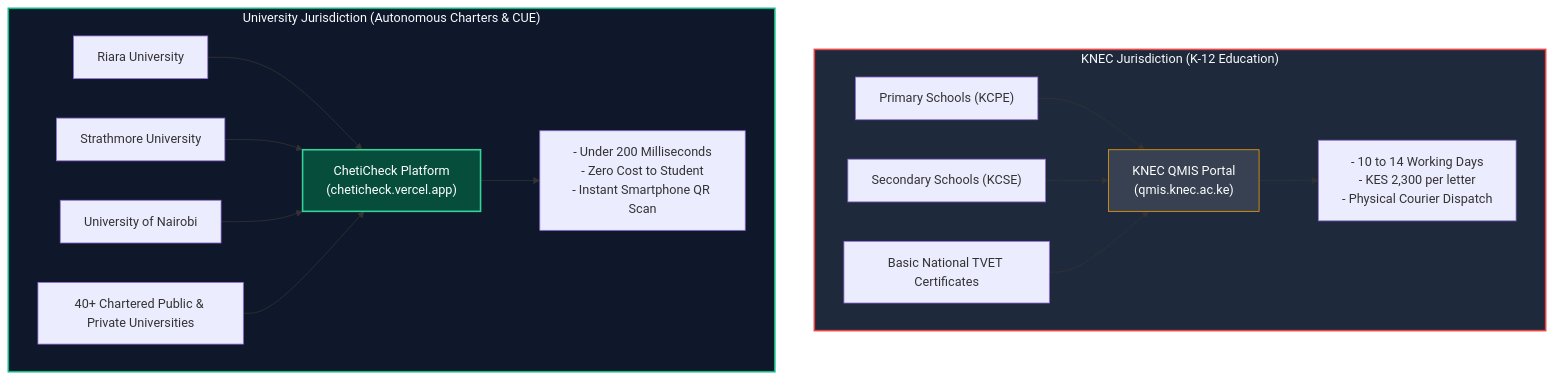
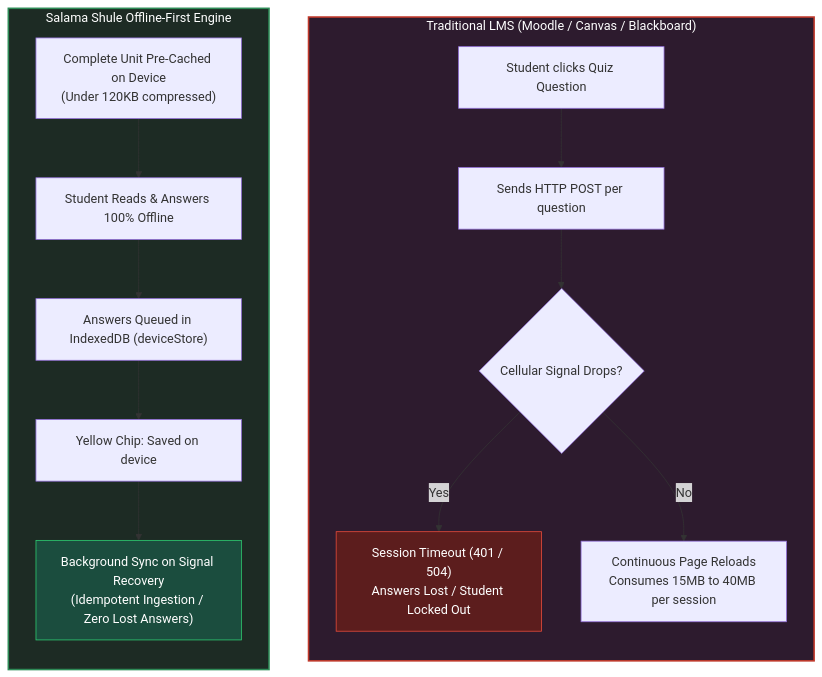
One commit to DavidMarkNjogu/salama-shule changed the first of 2 diagrams in WIKI.md. Above: the diagram before and after it, drawn with Mermaid. The commit also changed other lines of this file and 10 other files, not shown here.

Commit message:
feat(wiki): establish dedicated Salama Shule knowledge base, redesign UI, embed offline queue sandbox

````diff
--- a/WIKI.md
+++ b/WIKI.md
@@ -28,24 +29,23 @@
 ```mermaid
 flowchart TD
-    subgraph K12["KNEC Jurisdiction (K-12 Education)"]
-        K1["Primary Schools (KCPE)"]
-        K2["Secondary Schools (KCSE)"]
-        K3["Basic National TVET Certificates"]
-        K1 & K2 & K3 --> KP["KNEC QMIS Portal<br/>(qmis.knec.ac.ke)"]
-        KP --> KR["- 10 to 14 Working Days<br/>- KES 2,300 per letter<br/>- Physical Courier Dispatch"]
+    subgraph TraditionalLMS["Traditional LMS (Moodle / Canvas / Blackboard)"]
+        direction TB
+        M1["Student clicks Quiz Question"] --> M2["Sends HTTP POST per question"]
+        M2 --> M3{"Cellular Signal Drops?"}
+        M3 -->|"Yes"| M4["Session Timeout (401 / 504)<br/>Answers Lost / Student Locked Out"]
+        M3 -->|"No"| M5["Continuous Page Reloads<br/>Consumes 15MB to 40MB per session"]
     end
 
-    subgraph HigherEd["University Jurisdiction (Autonomous Charters & CUE)"]
-        U1["Riara University"]
-        U2["Strathmore University"]
-        U3["University of Nairobi"]
-        U4["40+ Chartered Public & Private Universities"]
-        U1 & U2 & U3 & U4 --> CC["ChetiCheck Platform<br/>(cheticheck.vercel.app)"]
-        CC --> CR["- Under 200 Milliseconds<br/>- Zero Cost to Student<br/>- Instant Smartphone QR Scan"]
+    subgraph SalamaShule["Salama Shule Offline-First Engine"]
+        direction TB
+        S1["Complete Unit Pre-Cached on Device<br/>(Under 120KB compressed)"] --> S2["Student Reads & Answers 100% Offline"]
+        S2 --> S3["Answers Queued in IndexedDB (deviceStore)"]
+        S3 --> S4["Yellow Chip: Saved on device"]
+        S4 --> S5["Background Sync on Signal Recovery<br/>(Idempotent Ingestion / Zero Lost Answers)"]
     end
 
-    style K12 fill:#1e293b,stroke:#ef4444,stroke-width:2px,color:#f8fafc
-    style HigherEd fill:#0f172a,stroke:#10b981,stroke-width:2px,color:#f8fafc
-    style KP fill:#374151,stroke:#f59e0b,stroke-width:1px,color:#ffffff
-    style CC fill:#064e3b,stroke:#34d399,stroke-width:2px,color:#ffffff
+    style TraditionalLMS fill:#2d1b2e,stroke:#c0392b,stroke-width:2px,color:#ffffff
+    style SalamaShule fill:#1d2b24,stroke:#2e8b57,stroke-width:2px,color:#ffffff
+    style M4 fill:#5c1d1d,stroke:#e74c3c,stroke-width:1px,color:#ffffff
+    style S5 fill:#1b4d3e,stroke:#2ecc71,stroke-width:1px,color:#ffffff
 ```
````
